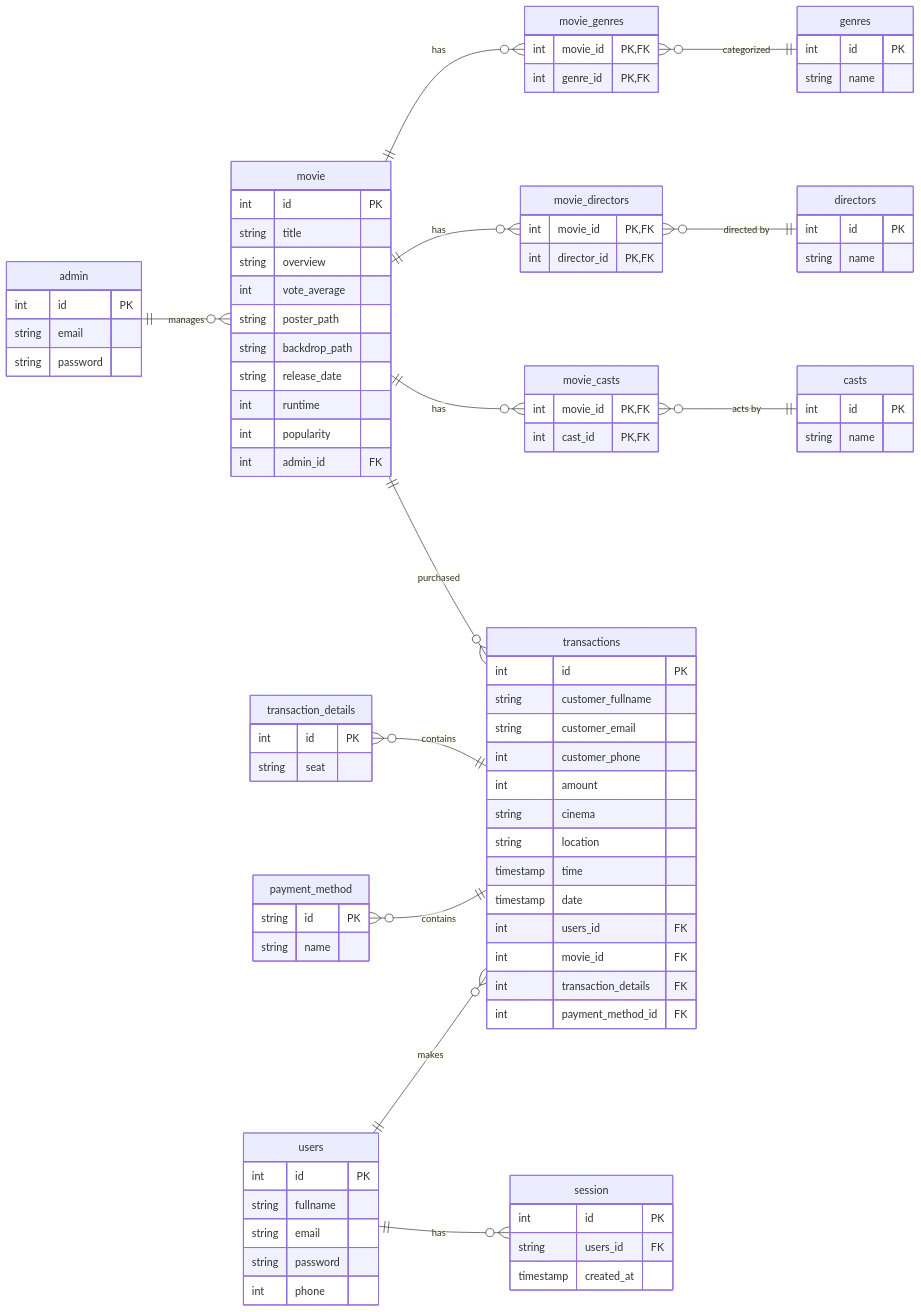
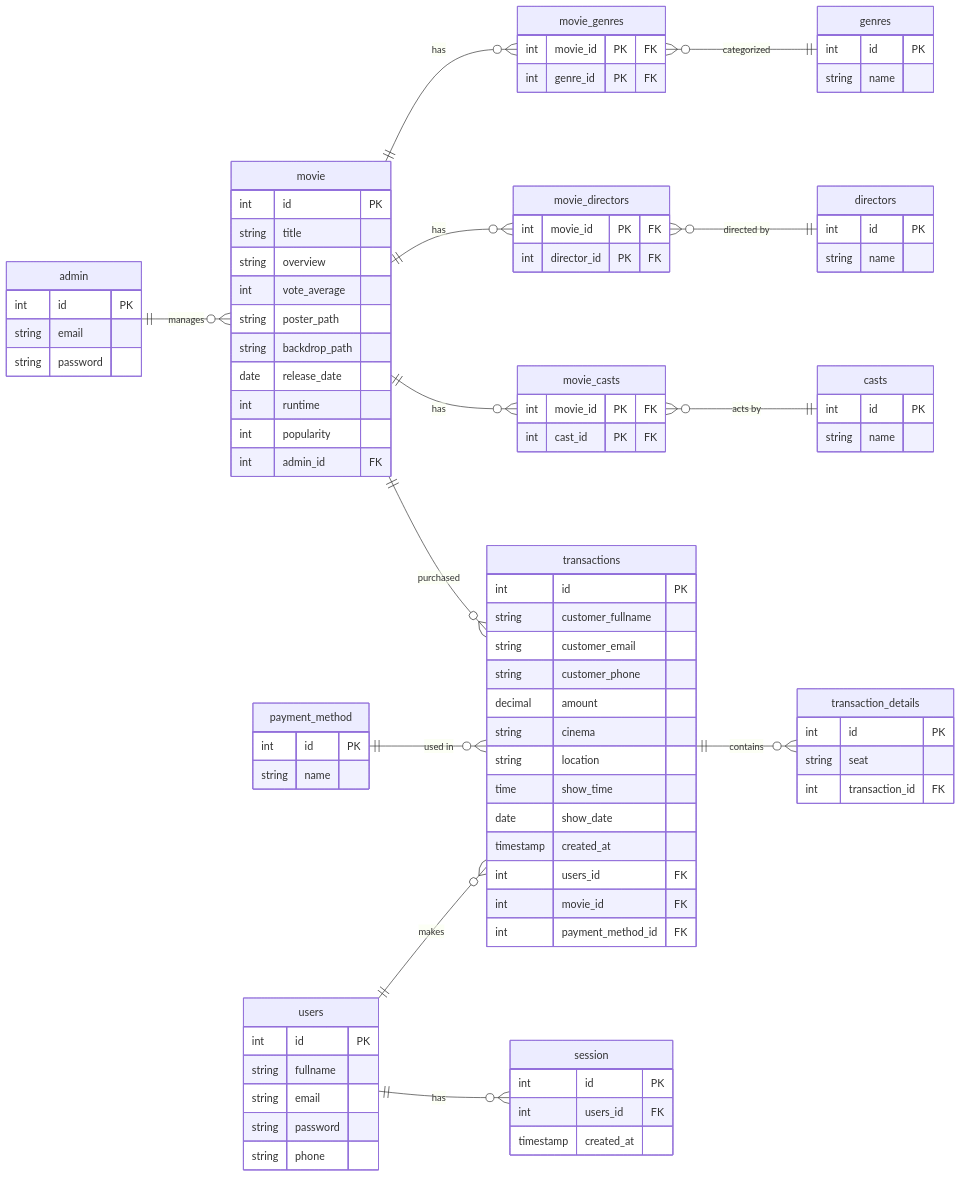
Before and after one commit to VsalCode/fgo24-db-weeklytask: the diagram in README.md, drawn with Mermaid. The commit also changed other lines of this file, not shown here.

Commit message:
docs: added some customization in ERD

````diff
--- a/README.md
+++ b/README.md
@@ -26,7 +26,7 @@
     int vote_average
     string poster_path
     string backdrop_path
-    string release_date
+    date release_date
     int runtime
     int popularity
     int admin_id FK
@@ -39,8 +39,8 @@
 
   movie_genres }o--|| genres : "categorized"
   movie_genres {
-    int movie_id PK, FK
-    int genre_id PK, FK
+    int movie_id PK "FK"
+    int genre_id PK "FK"
   }
 
   directors {
@@ -50,8 +50,8 @@
 
   movie_directors }o--|| directors : "directed by"
   movie_directors {
-    int movie_id PK, FK
-    int director_id PK, FK
+    int movie_id PK "FK"
+    int director_id PK "FK"
   }
 
   casts {
@@ -61,19 +61,20 @@
 
   movie_casts }o--|| casts : "acts by"
   movie_casts {
-    int movie_id PK, FK
-    int cast_id PK, FK
+    int movie_id PK "FK"
+    int cast_id PK "FK"
   }
 
-  transaction_details }o--|| transactions: "contains"
+  transactions ||--o{ transaction_details : "contains"
   transaction_details {
     int id PK
     string seat
+    int transaction_id FK
   }
 
-  payment_method }o--|| transactions: "contains"
+  payment_method ||--o{ transactions : "used in"
   payment_method {
-    string id PK
+    int id PK
     string name
   }
  
@@ -81,15 +82,15 @@
     int id PK
     string customer_fullname
     string customer_email
-    int customer_phone
-    int amount
+    string customer_phone
+    decimal amount
     string cinema
     string location
-    timestamp time
-    timestamp date
+    time show_time
+    date show_date
+    timestamp created_at
     int users_id FK
     int movie_id FK
-    int transaction_details FK 
     int payment_method_id FK
   }
 
@@ -100,12 +101,12 @@
     string fullname
     string email
     string password
-    int phone
+    string phone
   }
 
   session {
     int id PK
-    string users_id FK
+    int users_id FK
     timestamp created_at
   }
 ```
````
